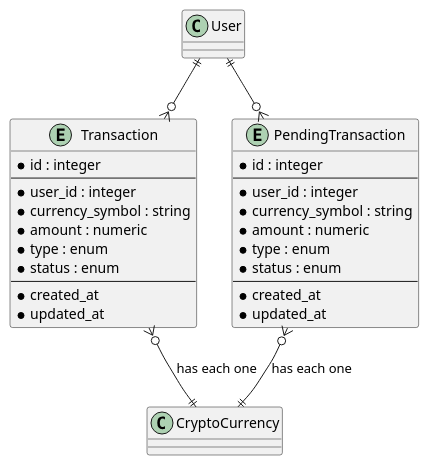
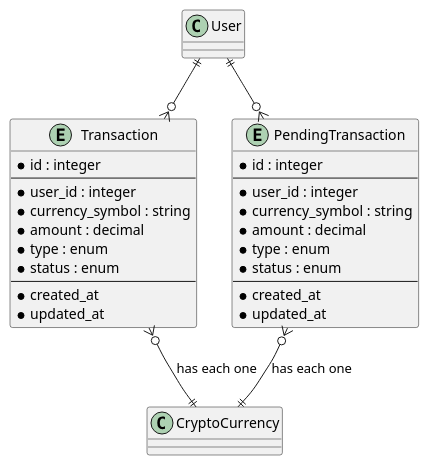
One commit to xemoe/xemoe-exchange-app changed the diagram in design/diagrams/er/Users_Transaction.puml. Above: the diagram before and after it, drawn with PlantUML. The commit also changed 7 other files, not shown here.

Commit message:
design: add trade fiat with crypto diagram

```diff
--- a/design/diagrams/er/Users_Transaction.puml
+++ b/design/diagrams/er/Users_Transaction.puml
@@ -1,36 +1,36 @@
 @startuml
 
 entity Transaction {
     * id : integer
     --
     * user_id : integer
     * currency_symbol : string
-    * amount : numeric
+    * amount : decimal
     * type : enum
     * status : enum
     --
     * created_at
     * updated_at
 }
 
 entity PendingTransaction {
     * id : integer
     --
     * user_id : integer
     * currency_symbol : string
-    * amount : numeric
+    * amount : decimal
     * type : enum
     * status : enum
     --
     * created_at
     * updated_at
 }
 
 ' Relationships
 
 User ||--o{ Transaction
 User ||--o{ PendingTransaction
 Transaction }o--|| CryptoCurrency : has each one
 PendingTransaction }o--|| CryptoCurrency : has each one
 
 @enduml
```
